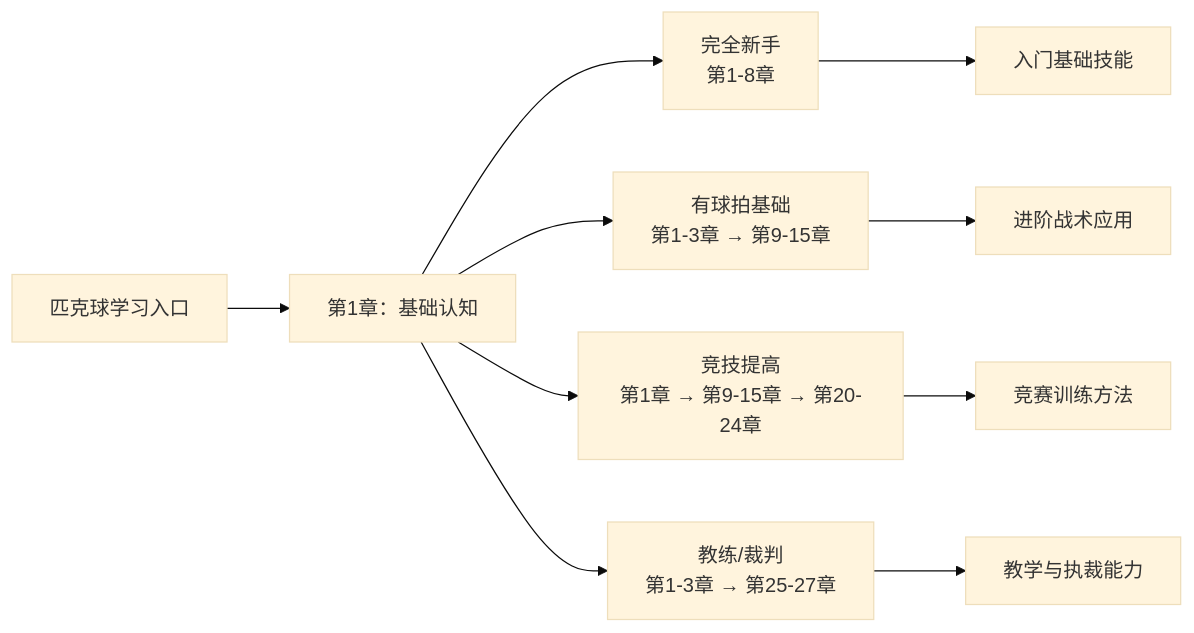
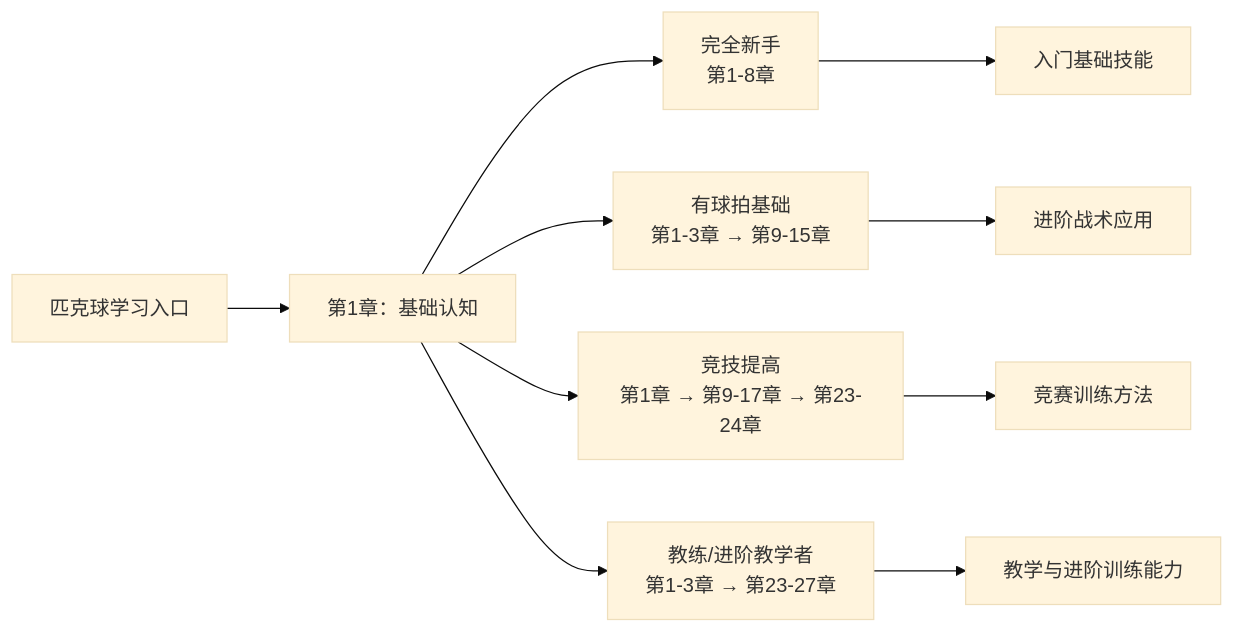
Before and after one commit to yeasy/learning_pickleball: the diagram in README.md, drawn with Mermaid (base theme). The commit also changed other lines of this file and 4 other files, not shown here.

````diff
--- a/README.md
+++ b/README.md
@@ -52,14 +55,14 @@
 ```mermaid
 graph LR
     Start[匹克球学习入口] --> Ch1[第1章：基础认知]
 
     Ch1 --> Role1["完全新手<br/>第1-8章"]
     Ch1 --> Role2["有球拍基础<br/>第1-3章 → 第9-15章"]
-    Ch1 --> Role3["竞技提高<br/>第1章 → 第9-15章 → 第20-24章"]
-    Ch1 --> Role4["教练/裁判<br/>第1-3章 → 第25-27章"]
+    Ch1 --> Role3["竞技提高<br/>第1章 → 第9-17章 → 第23-24章"]
+    Ch1 --> Role4["教练/进阶教学者<br/>第1-3章 → 第23-27章"]
 
     Role1 --> End1["入门基础技能"]
     Role2 --> End2["进阶战术应用"]
     Role3 --> End3["竞赛训练方法"]
-    Role4 --> End4["教学与执裁能力"]
+    Role4 --> End4["教学与进阶训练能力"]
 ```
````
